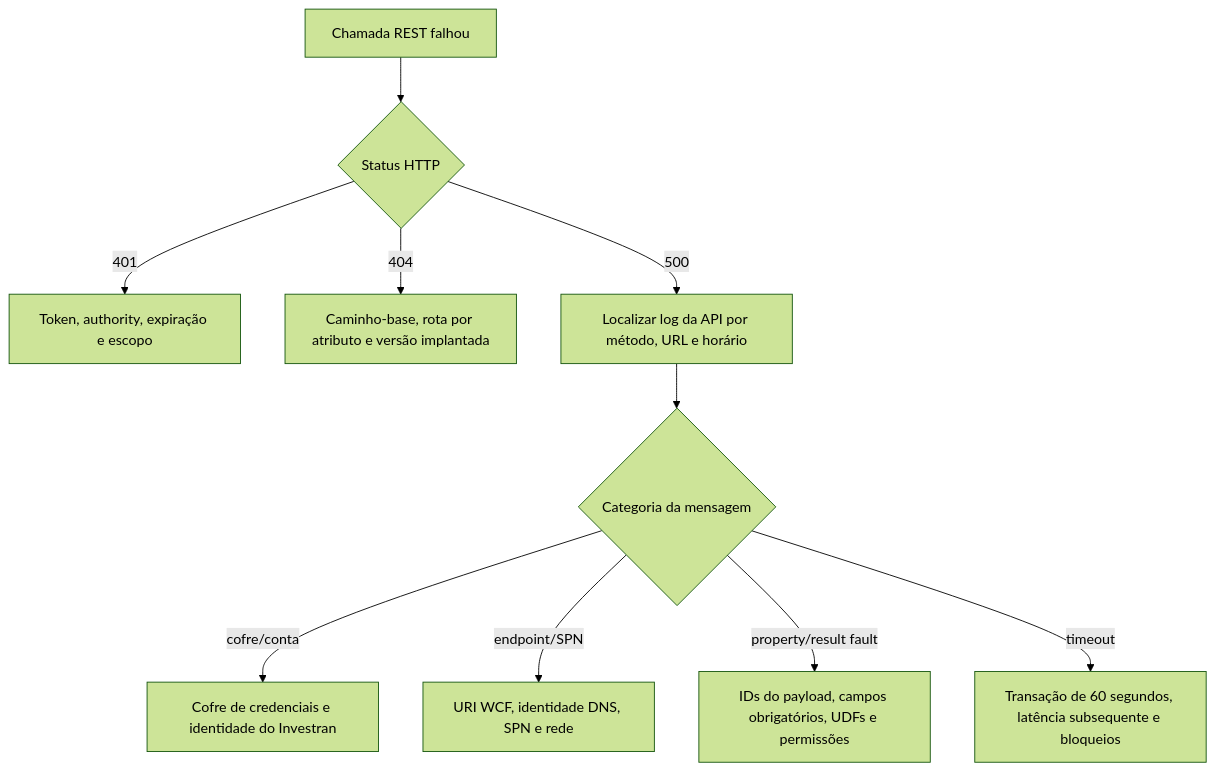
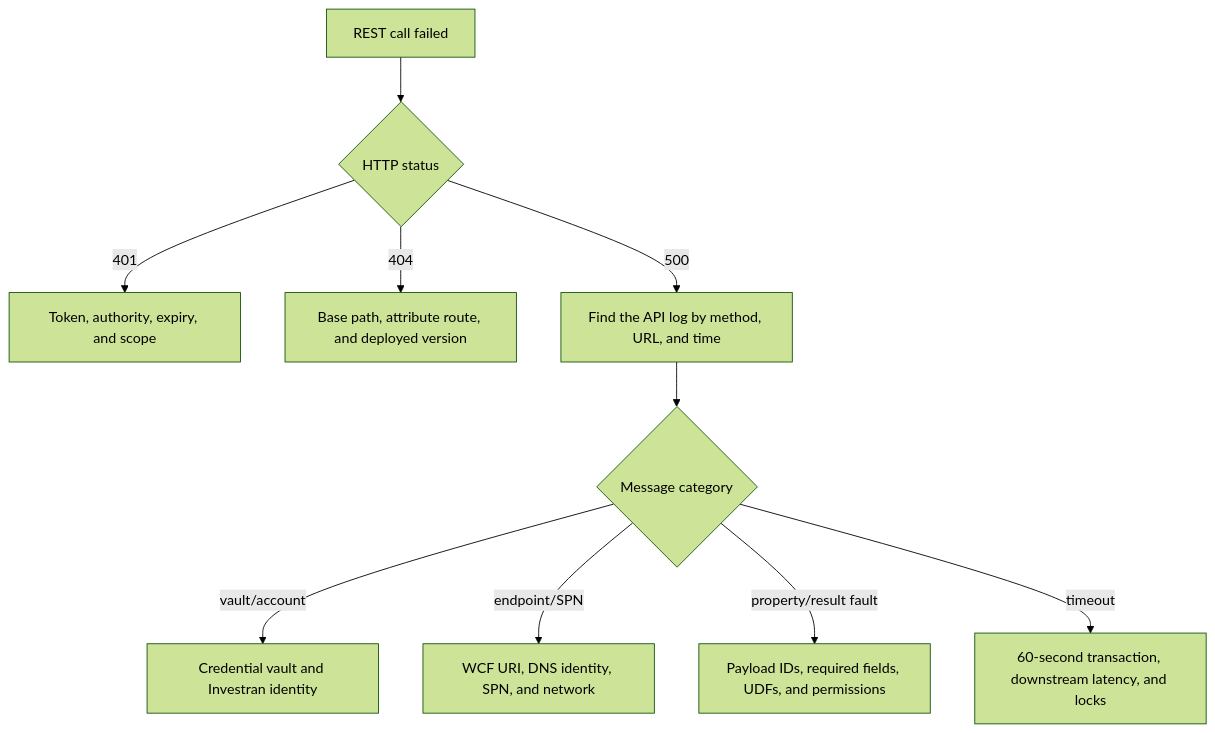
One commit to msekimoto/investran changed the diagram in docs/api/errors-and-troubleshooting.md. Above: the diagram before and after it, drawn with Mermaid (forest theme). The commit also changed other lines of this file and 52 other files, not shown here.

````diff
--- a/docs/api/errors-and-troubleshooting.md
+++ b/docs/api/errors-and-troubleshooting.md
@@ -18,12 +18,12 @@
 ```mermaid
 flowchart TD
-    E[Chamada REST falhou] --> H{Status HTTP}
-    H -->|401| A[Token, authority, expiração e escopo]
-    H -->|404| R[Caminho-base, rota por atributo e versão implantada]
-    H -->|500| L[Localizar log da API por método, URL e horário]
-    L --> B{Categoria da mensagem}
-    B -->|cofre/conta| V[Cofre de credenciais e identidade do Investran]
-    B -->|endpoint/SPN| W[URI WCF, identidade DNS, SPN e rede]
-    B -->|property/result fault| D[IDs do payload, campos obrigatórios, UDFs e permissões]
-    B -->|timeout| T[Transação de 60 segundos, latência subsequente e bloqueios]
+    E[REST call failed] --> H{HTTP status}
+    H -->|401| A[Token, authority, expiry, and scope]
+    H -->|404| R[Base path, attribute route, and deployed version]
+    H -->|500| L[Find the API log by method, URL, and time]
+    L --> B{Message category}
+    B -->|vault/account| V[Credential vault and Investran identity]
+    B -->|endpoint/SPN| W[WCF URI, DNS identity, SPN, and network]
+    B -->|property/result fault| D[Payload IDs, required fields, UDFs, and permissions]
+    B -->|timeout| T[60-second transaction, downstream latency, and locks]
 ```
````
